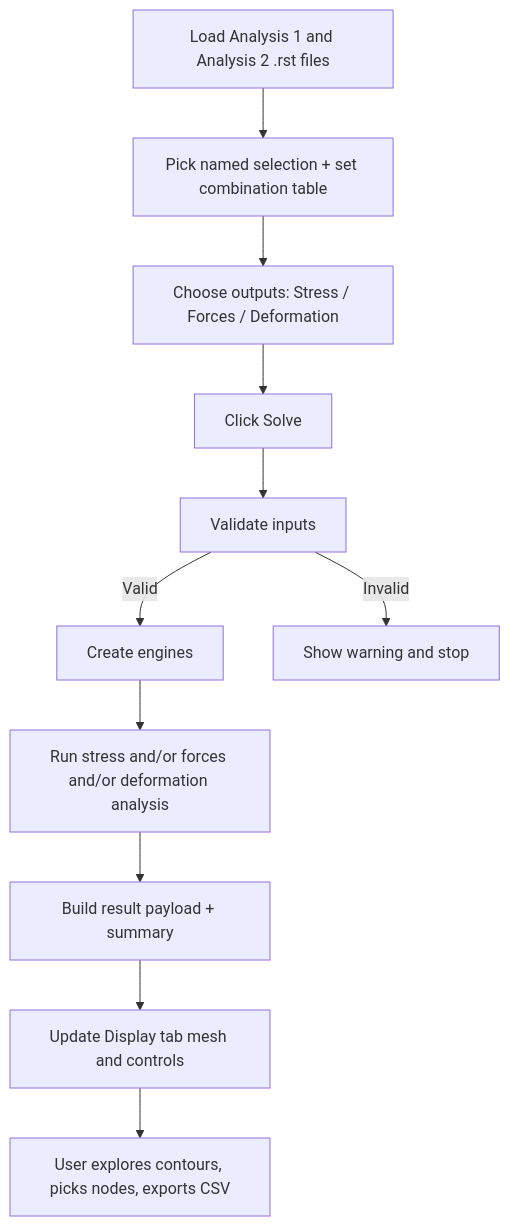
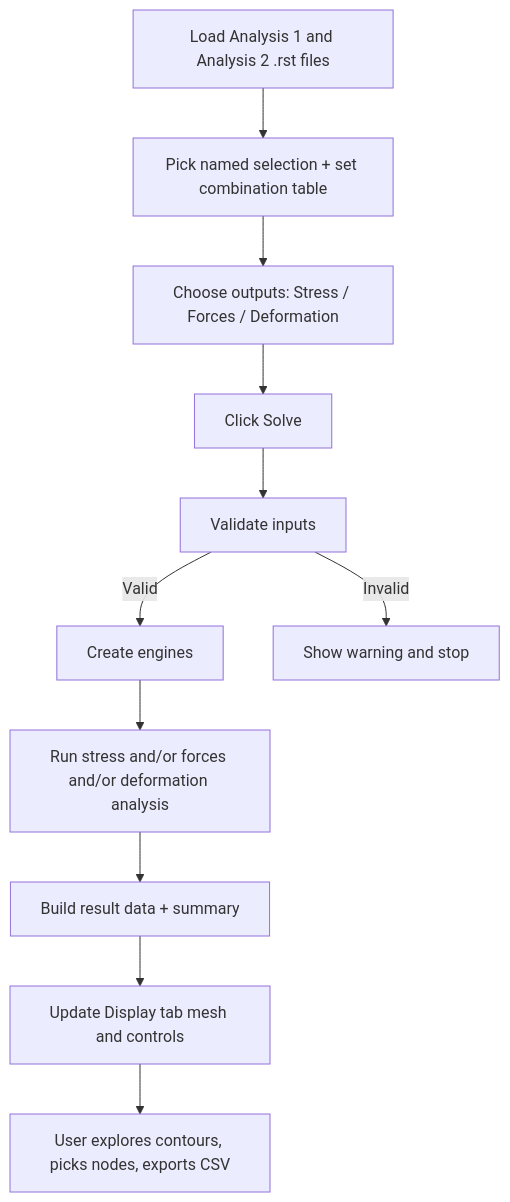
The second of 3 diagrams in architecture.md (emreatay993/MARS-SC), drawn with Mermaid before and after one commit. The commit also changed other lines of this file and 12 other files, not shown here.

````diff
--- a/architecture.md
+++ b/architecture.md
@@ -81,13 +81,13 @@
 ```mermaid
 flowchart TD
     A[Load Analysis 1 and Analysis 2 .rst files] --> B[Pick named selection + set combination table]
     B --> C[Choose outputs: Stress / Forces / Deformation]
     C --> D[Click Solve]
     D --> E[Validate inputs]
     E -->|Valid| F[Create engines]
     E -->|Invalid| X[Show warning and stop]
     F --> G[Run stress and/or forces and/or deformation analysis]
-    G --> H[Build result payload + summary]
+    G --> H[Build result data + summary]
     H --> I[Update Display tab mesh and controls]
     I --> J[User explores contours, picks nodes, exports CSV]
 ```
````
